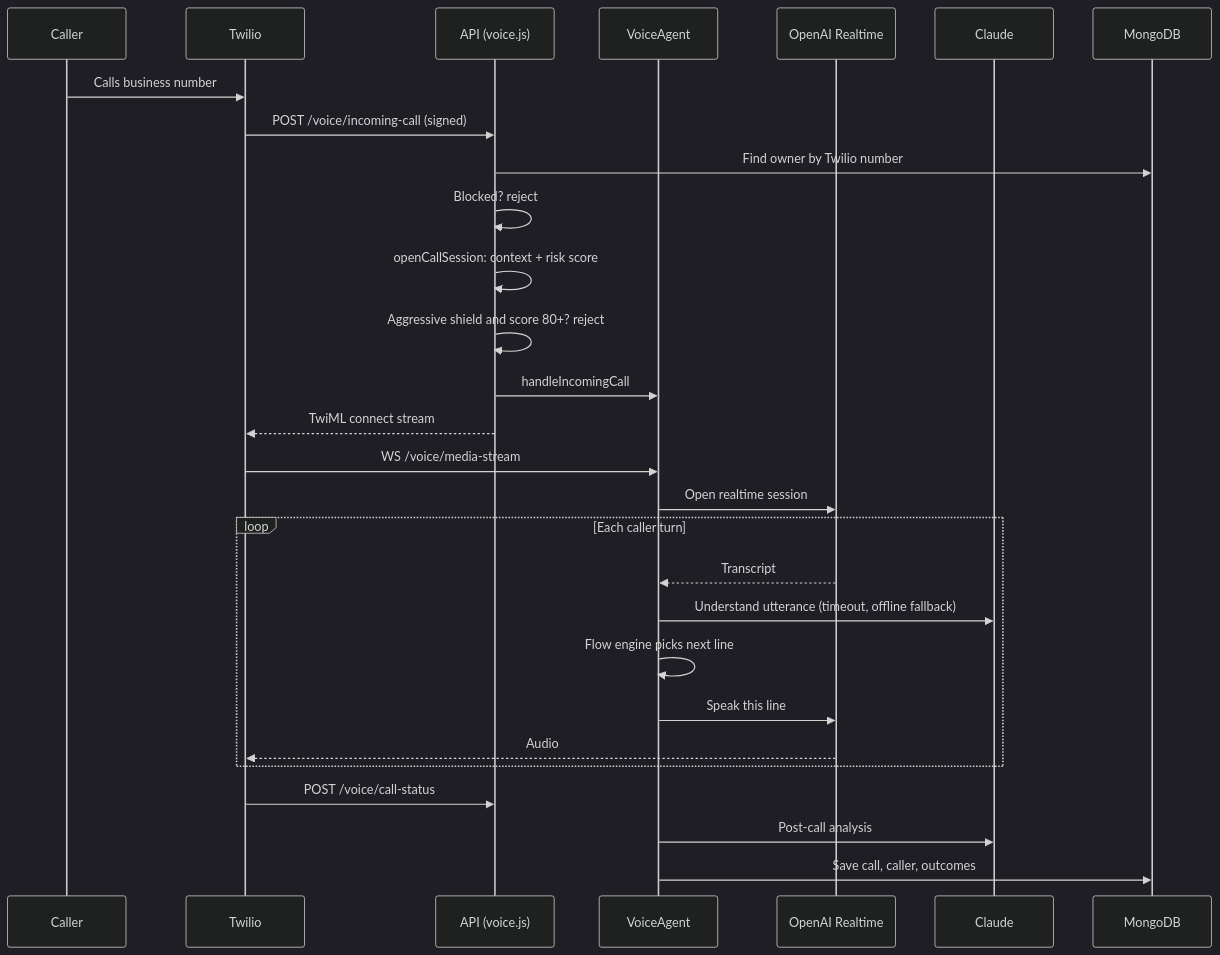
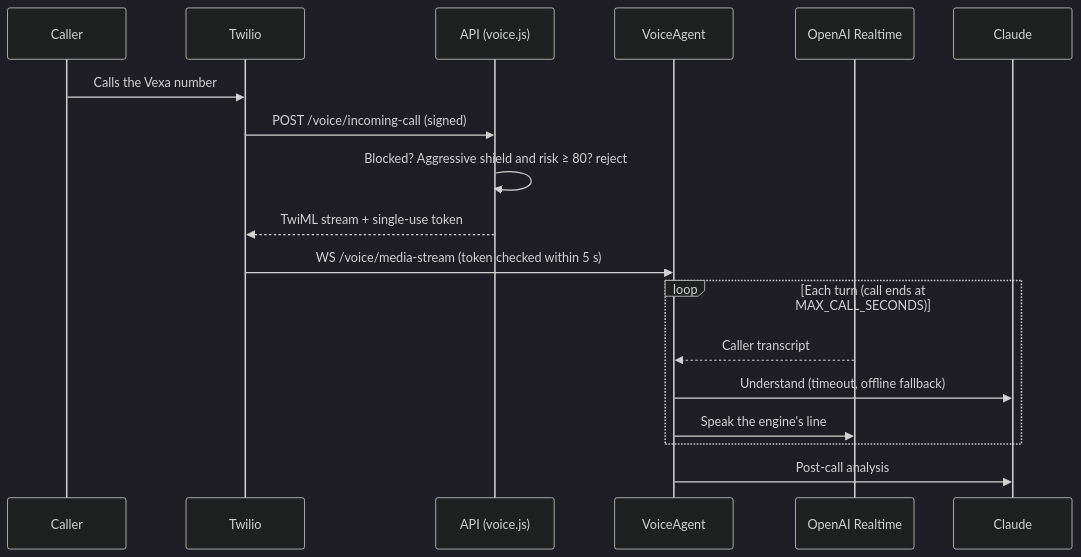
One commit to Phani3108/Vexa changed the sixth of 10 diagrams in README.md. Above: the diagram before and after it, drawn with Mermaid (dark theme). The commit also changed other lines of this file and 4 other files, not shown here.

````diff
--- a/README.md
+++ b/README.md
@@ -698,30 +765,20 @@
 ```mermaid
 sequenceDiagram
   participant C as Caller
   participant T as Twilio
   participant A as API (voice.js)
   participant V as VoiceAgent
   participant O as OpenAI Realtime
   participant L as Claude
-  participant D as MongoDB
-  C->>T: Calls business number
+  C->>T: Calls the Vexa number
   T->>A: POST /voice/incoming-call (signed)
-  A->>D: Find owner by Twilio number
-  A->>A: Blocked? reject
-  A->>A: openCallSession: context + risk score
-  A->>A: Aggressive shield and score 80+? reject
-  A->>V: handleIncomingCall
-  A-->>T: TwiML connect stream
-  T->>V: WS /voice/media-stream
-  V->>O: Open realtime session
-  loop Each caller turn
-    O-->>V: Transcript
-    V->>L: Understand utterance (timeout, offline fallback)
-    V->>V: Flow engine picks next line
-    V->>O: Speak this line
-    O-->>T: Audio
+  A->>A: Blocked? Aggressive shield and risk ≥ 80? reject
+  A-->>T: TwiML stream + single-use token
+  T->>V: WS /voice/media-stream (token checked within 5 s)
+  loop Each turn (call ends at MAX_CALL_SECONDS)
+    O-->>V: Caller transcript
+    V->>L: Understand (timeout, offline fallback)
+    V->>O: Speak the engine's line
   end
-  T->>A: POST /voice/call-status
   V->>L: Post-call analysis
-  V->>D: Save call, caller, outcomes
 ```
````
